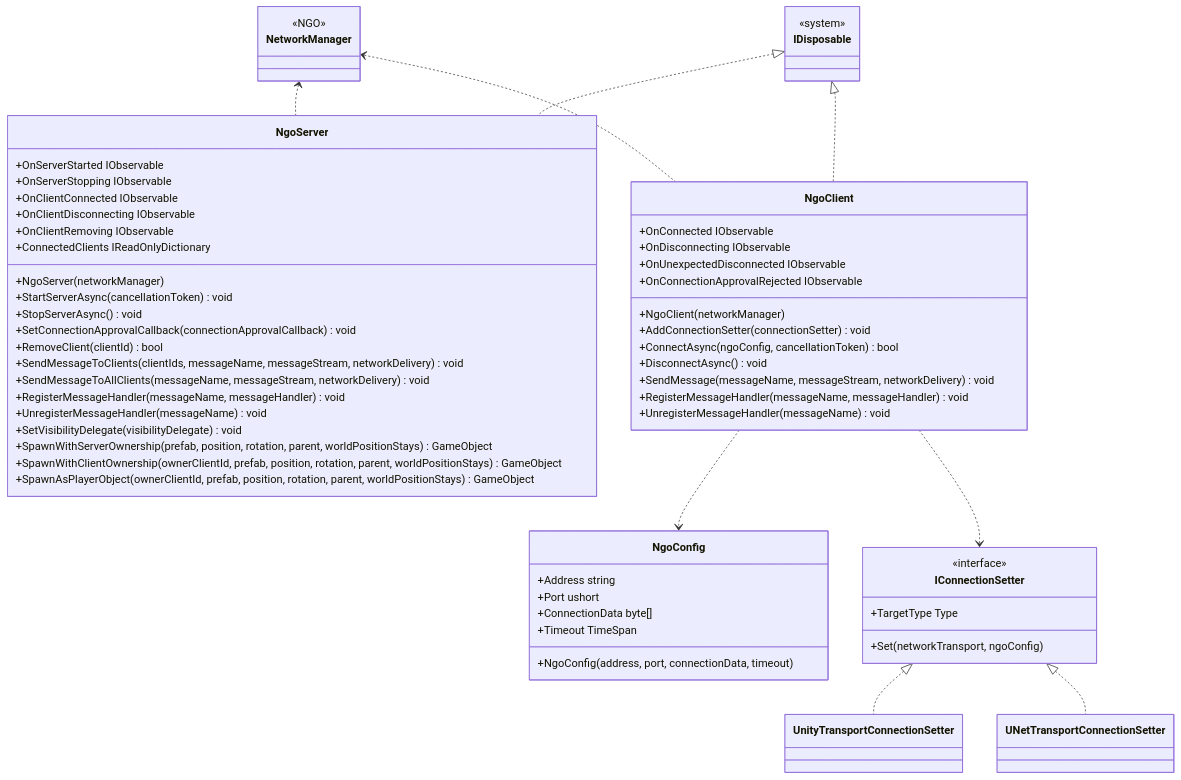
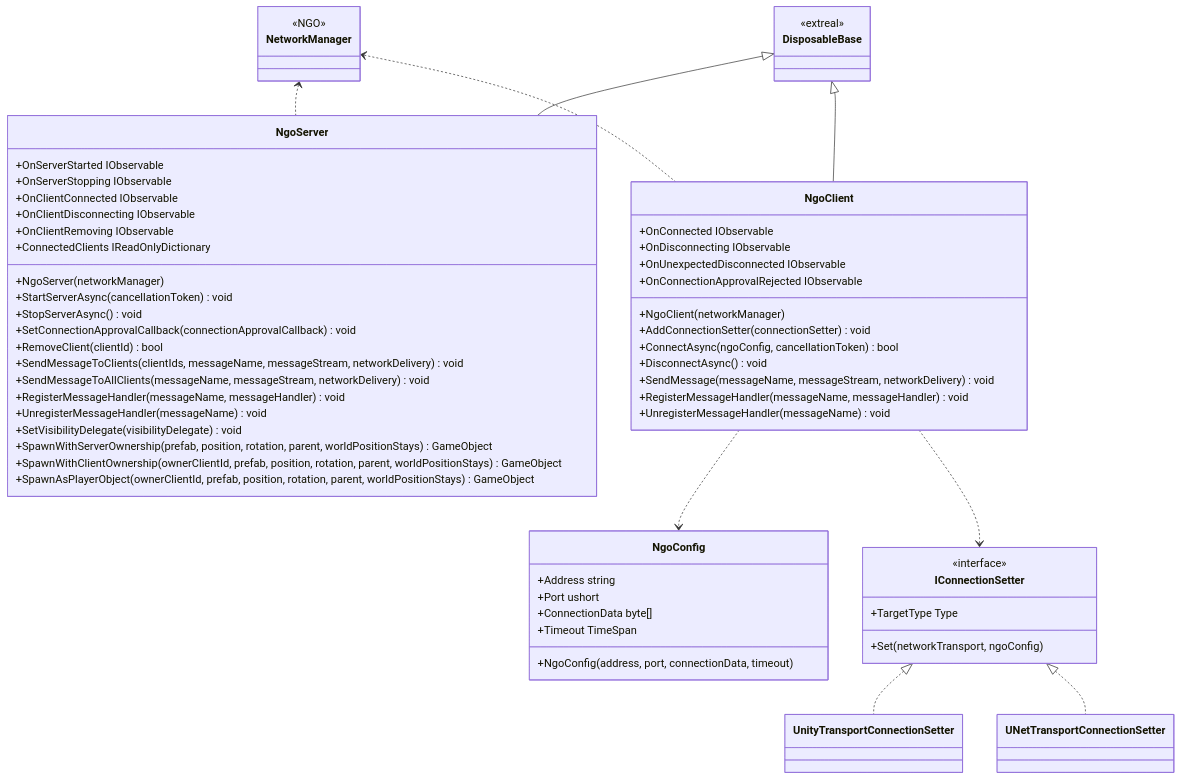
One commit to extreal-dev/Extreal.Guide changed the diagram in docs/integration/multiplay.ngo.md. Above: the diagram before and after it, drawn with Mermaid. The commit also changed other lines of this file and 14 other files, not shown here.

````diff
--- a/docs/integration/multiplay.ngo.md
+++ b/docs/integration/multiplay.ngo.md
@@ -69,76 +69,76 @@
 ```mermaid
 classDiagram
 
     NetworkManager <.. NgoServer
     NetworkManager <.. NgoClient
     NgoClient ..> NgoConfig
     NgoClient ..> IConnectionSetter
     IConnectionSetter <|.. UnityTransportConnectionSetter
     IConnectionSetter <|.. UNetTransportConnectionSetter
-    IDisposable <|.. NgoServer
-    IDisposable <|.. NgoClient
+    DisposableBase <|-- NgoServer
+    DisposableBase <|-- NgoClient
 
     class NetworkManager {
         <<NGO>>
     }
 
     class NgoServer {
         +OnServerStarted IObservable
         +OnServerStopping IObservable
         +OnClientConnected IObservable
         +OnClientDisconnecting IObservable
         +OnClientRemoving IObservable
         +ConnectedClients IReadOnlyDictionary
         +NgoServer(networkManager)
         +StartServerAsync(cancellationToken) void
         +StopServerAsync() void
         +SetConnectionApprovalCallback(connectionApprovalCallback) void
         +RemoveClient(clientId) bool
         +SendMessageToClients(clientIds, messageName, messageStream, networkDelivery) void
         +SendMessageToAllClients(messageName, messageStream, networkDelivery) void
         +RegisterMessageHandler(messageName, messageHandler) void
         +UnregisterMessageHandler(messageName) void
         +SetVisibilityDelegate(visibilityDelegate) void
         +SpawnWithServerOwnership(prefab, position, rotation, parent, worldPositionStays) GameObject
         +SpawnWithClientOwnership(ownerClientId, prefab, position, rotation, parent, worldPositionStays) GameObject
         +SpawnAsPlayerObject(ownerClientId, prefab, position, rotation, parent, worldPositionStays) GameObject
     }
 
     class NgoClient {
         +OnConnected IObservable
         +OnDisconnecting IObservable
         +OnUnexpectedDisconnected IObservable
         +OnConnectionApprovalRejected IObservable
         +NgoClient(networkManager)
         +AddConnectionSetter(connectionSetter) void
         +ConnectAsync(ngoConfig, cancellationToken) bool
         +DisconnectAsync() void
         +SendMessage(messageName, messageStream, networkDelivery) void
         +RegisterMessageHandler(messageName, messageHandler) void
         +UnregisterMessageHandler(messageName) void
     }
 
     class NgoConfig {
         +Address string
         +Port ushort
         +ConnectionData byte[]
         +Timeout TimeSpan
         +NgoConfig(address, port, connectionData, timeout)
     }
 
     class IConnectionSetter {
         <<interface>>
         +TargetType Type
         +Set(networkTransport, ngoConfig)
     }
 
     class UnityTransportConnectionSetter {
     }
 
     class UNetTransportConnectionSetter {
     }
 
-    class IDisposable {
-        <<system>>
+    class DisposableBase {
+        <<extreal>>
     }
 ```
````
